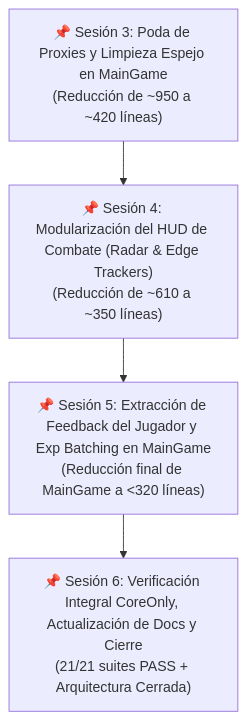
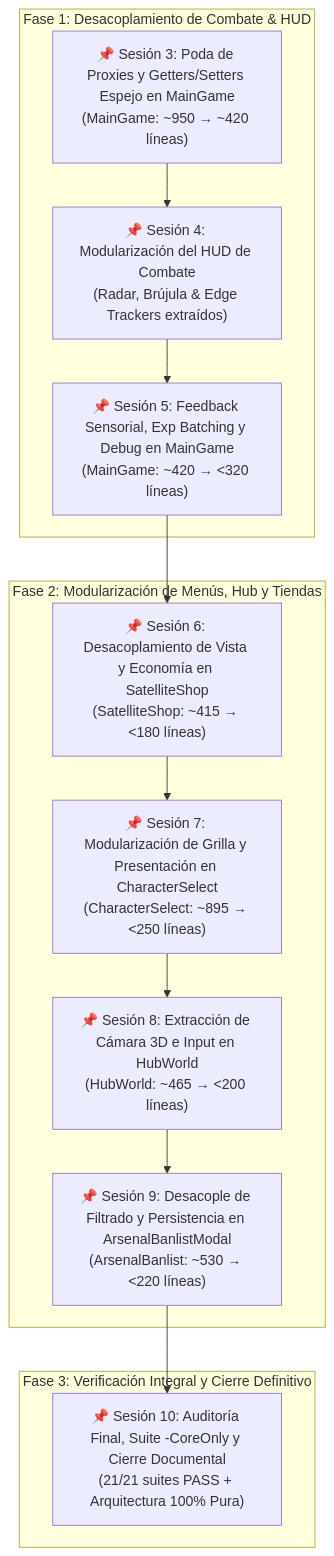
The diagram in docs/refactoring/master_decoupling_and_modularity_plan.md (Ftleyell/astra-dream), drawn with Mermaid before and after one commit. The commit also changed other lines of this file, not shown here.

Commit message:
docs(refactoring): establish complete 10-session roadmap for 100% modular architecture

````diff
--- a/docs/refactoring/master_decoupling_and_modularity_plan.md
+++ b/docs/refactoring/master_decoupling_and_modularity_plan.md
@@ -9,11 +10,27 @@
 ```mermaid
 flowchart TD
-    S3["📌 Sesión 3: Poda de Proxies y Limpieza Espejo en MainGame\n(Reducción de ~950 a ~420 líneas)"]
-    S4["📌 Sesión 4: Modularización del HUD de Combate (Radar & Edge Trackers)\n(Reducción de ~610 a ~350 líneas)"]
-    S5["📌 Sesión 5: Extracción de Feedback del Jugador y Exp Batching en MainGame\n(Reducción final de MainGame a <320 líneas)"]
-    S6["📌 Sesión 6: Verificación Integral CoreOnly, Actualización de Docs y Cierre\n(21/21 suites PASS + Arquitectura Cerrada)"]
+    subgraph Fase_1 ["Fase 1: Desacoplamiento de Combate & HUD"]
+        S3["📌 Sesión 3: Poda de Proxies y Getters/Setters Espejo en MainGame\n(MainGame: ~950 → ~420 líneas)"]
+        S4["📌 Sesión 4: Modularización del HUD de Combate\n(Radar, Brújula & Edge Trackers extraídos)"]
+        S5["📌 Sesión 5: Feedback Sensorial, Exp Batching y Debug en MainGame\n(MainGame: ~420 → <320 líneas)"]
+    end
+
+    subgraph Fase_2 ["Fase 2: Modularización de Menús, Hub y Tiendas"]
+        S6["📌 Sesión 6: Desacoplamiento de Vista y Economía en SatelliteShop\n(SatelliteShop: ~415 → <180 líneas)"]
+        S7["📌 Sesión 7: Modularización de Grilla y Presentación en CharacterSelect\n(CharacterSelect: ~895 → <250 líneas)"]
+        S8["📌 Sesión 8: Extracción de Cámara 3D e Input en HubWorld\n(HubWorld: ~465 → <200 líneas)"]
+        S9["📌 Sesión 9: Desacople de Filtrado y Persistencia en ArsenalBanlistModal\n(ArsenalBanlist: ~530 → <220 líneas)"]
+    end
+
+    subgraph Fase_3 ["Fase 3: Verificación Integral y Cierre Definitivo"]
+        S10["📌 Sesión 10: Auditoría Final, Suite -CoreOnly y Cierre Documental\n(21/21 suites PASS + Arquitectura 100% Pura)"]
+    end
 
     S3 --> S4
     S4 --> S5
     S5 --> S6
+    S6 --> S7
+    S7 --> S8
+    S8 --> S9
+    S9 --> S10
 ```
````
